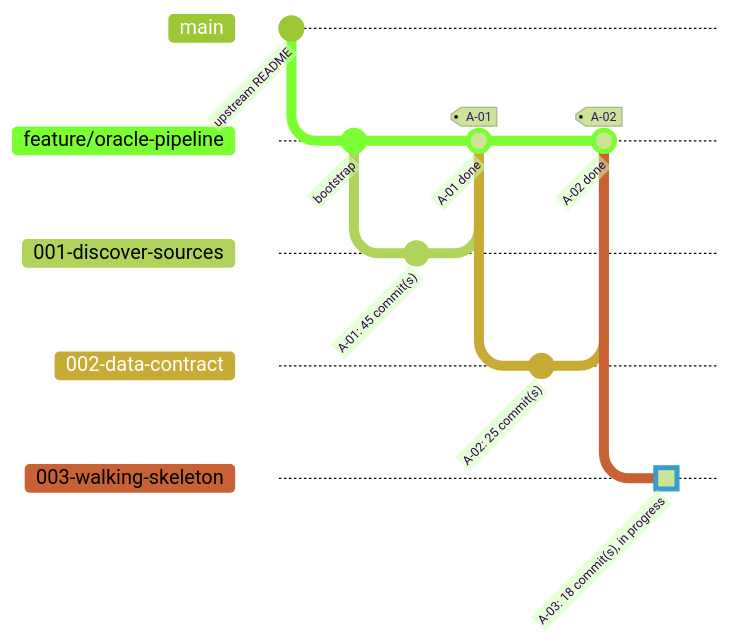
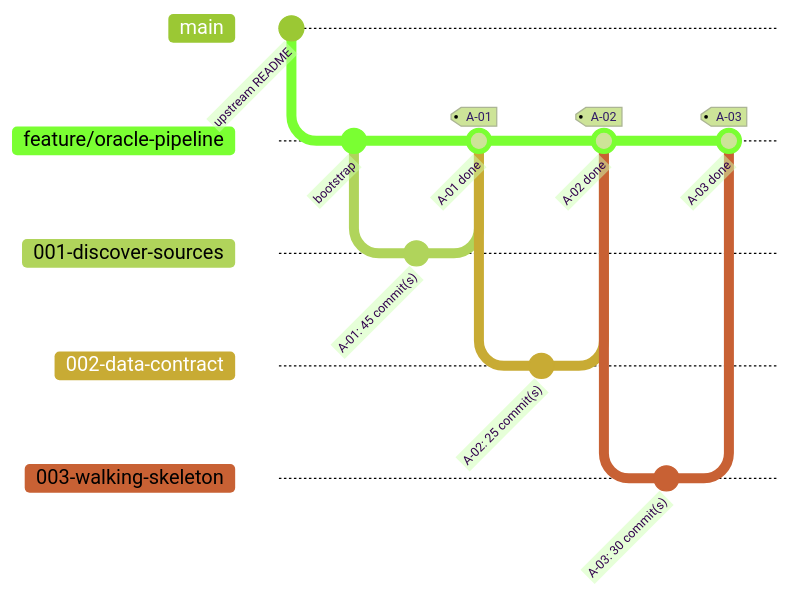
Before and after one commit to HebaGaber/oracle-property-intelligence-platform-pipeline-travis-tx: the second of 2 diagrams in docs/progress.md, drawn with Mermaid (forest theme). The commit also changed other lines of this file and 1 other file, not shown here.

Commit message:
A-03: update progress; draft PR body

````diff
--- a/docs/progress.md
+++ b/docs/progress.md
@@ -19,18 +19,19 @@
 ```mermaid
 %%{init: { 'gitGraph': { 'mainBranchName': 'main', 'showCommitLabel': true } } }%%
 gitGraph
   commit id: "upstream README"
   branch "feature/oracle-pipeline"
   commit id: "bootstrap"
   branch "001-discover-sources"
   commit id: "A-01: 45 commit(s)"
   checkout "feature/oracle-pipeline"
   merge "001-discover-sources" id: "A-01 done" tag: "A-01"
   branch "002-data-contract"
   commit id: "A-02: 25 commit(s)"
   checkout "feature/oracle-pipeline"
   merge "002-data-contract" id: "A-02 done" tag: "A-02"
   branch "003-walking-skeleton"
-  commit id: "A-03: 18 commit(s), in progress" type: HIGHLIGHT
+  commit id: "A-03: 30 commit(s)"
   checkout "feature/oracle-pipeline"
+  merge "003-walking-skeleton" id: "A-03 done" tag: "A-03"
 ```
````
